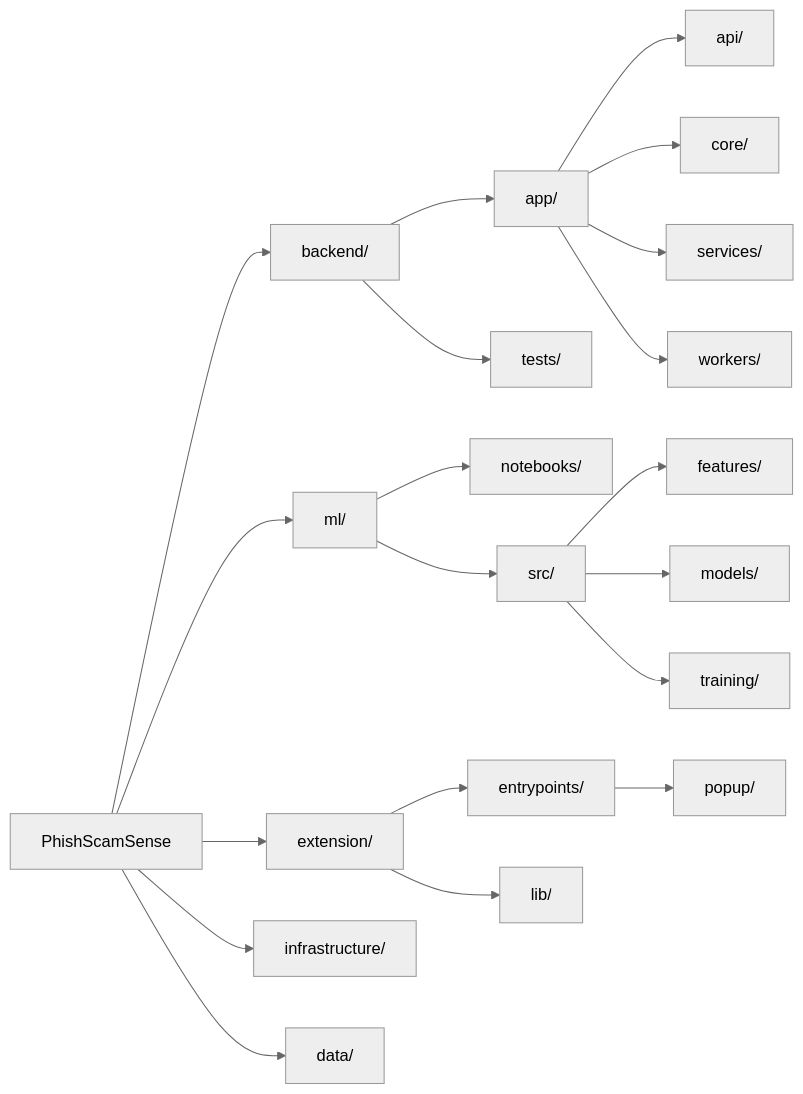
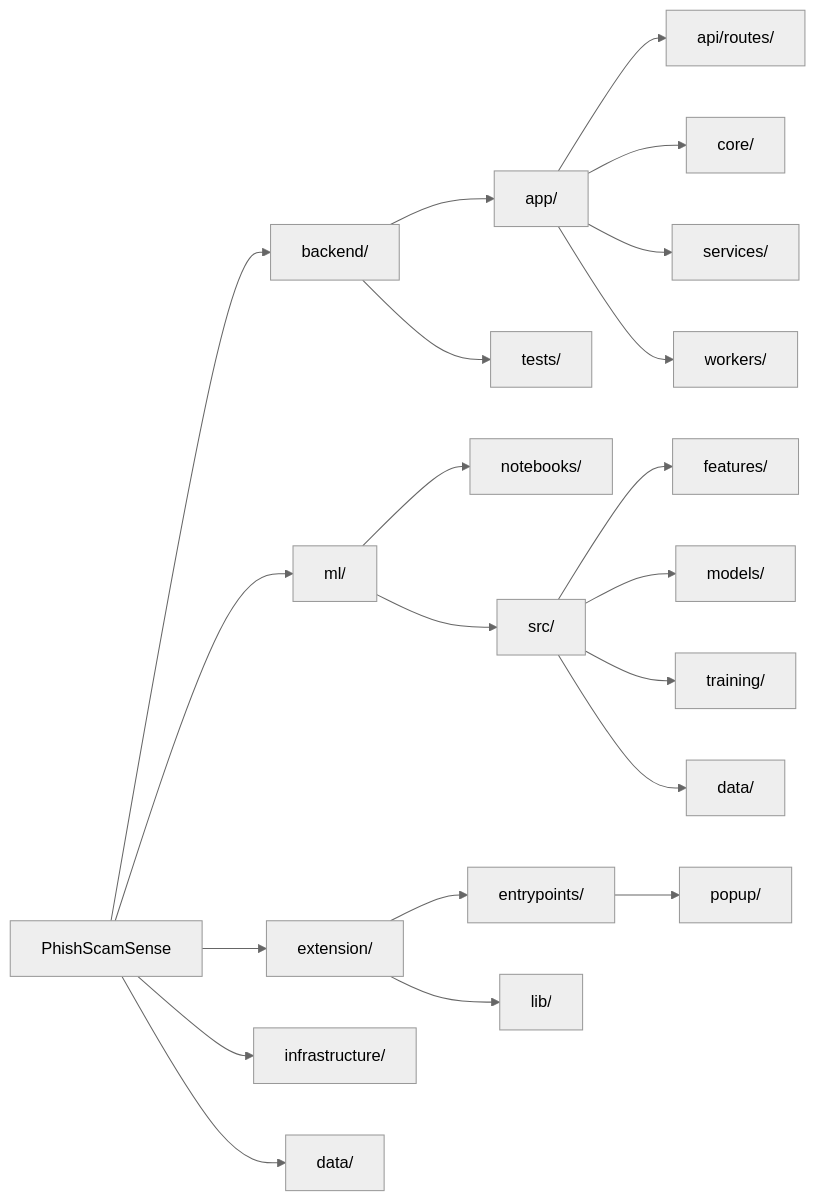
One commit to penanamtomat/PhishScamSense changed the diagram in README.md. Above: the diagram before and after it, drawn with Mermaid (neutral theme). The commit also changed other lines of this file and 18 other files, not shown here.

````diff
--- a/README.md
+++ b/README.md
@@ -21,25 +22,26 @@
 ```mermaid
 graph LR
     Root[PhishScamSense] --> Backend[backend/]
     Root --> ML[ml/]
     Root --> Ext[extension/]
     Root --> Infra[infrastructure/]
     Root --> Data[data/]
 
     Backend --> B_App[app/]
     Backend --> B_Tests[tests/]
-    B_App --> B_Api[api/]
+    B_App --> B_Api[api/routes/]
     B_App --> B_Core[core/]
     B_App --> B_Services[services/]
     B_App --> B_Workers[workers/]
 
     ML --> M_Notebooks[notebooks/]
     ML --> M_Src[src/]
     M_Src --> M_Features[features/]
     M_Src --> M_Models[models/]
     M_Src --> M_Training[training/]
+    M_Src --> M_Data[data/]
 
     Ext --> E_Entry[entrypoints/]
     Ext --> E_Lib[lib/]
     E_Entry --> E_Popup[popup/]
 ```
````
